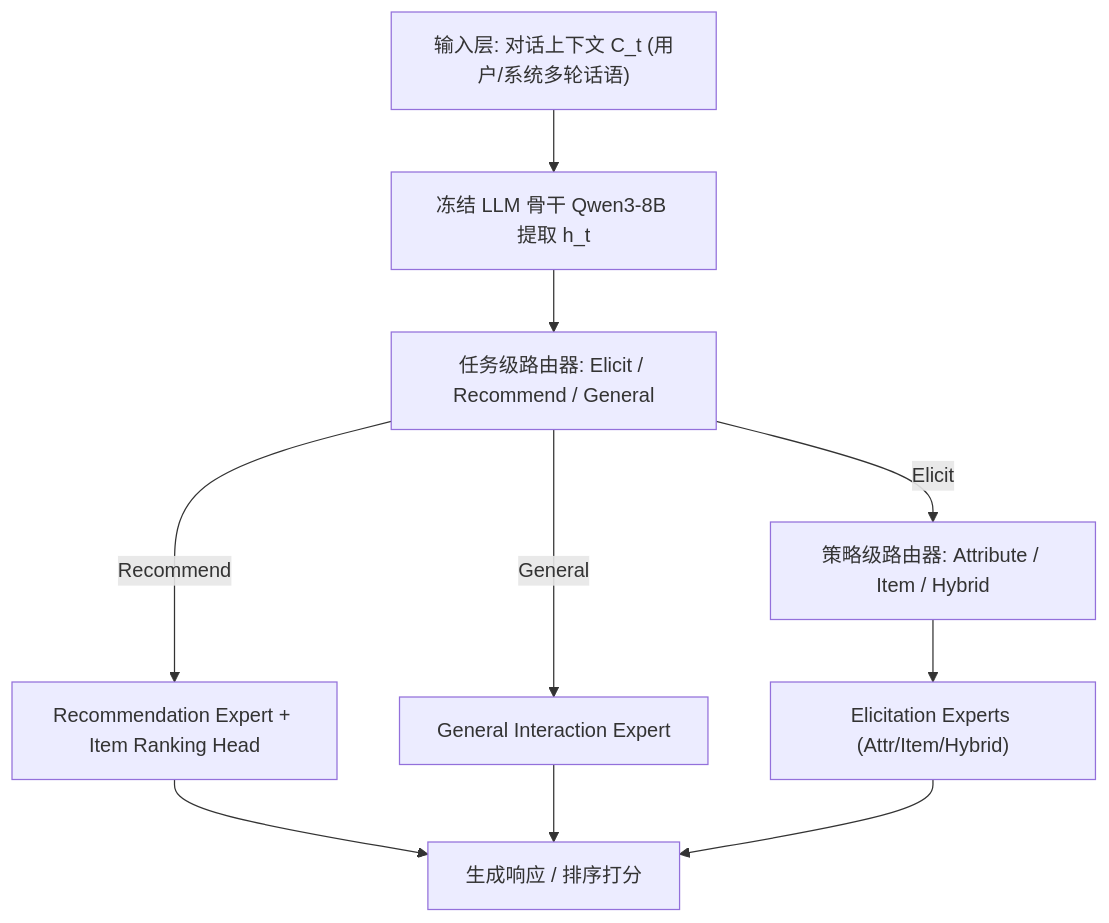
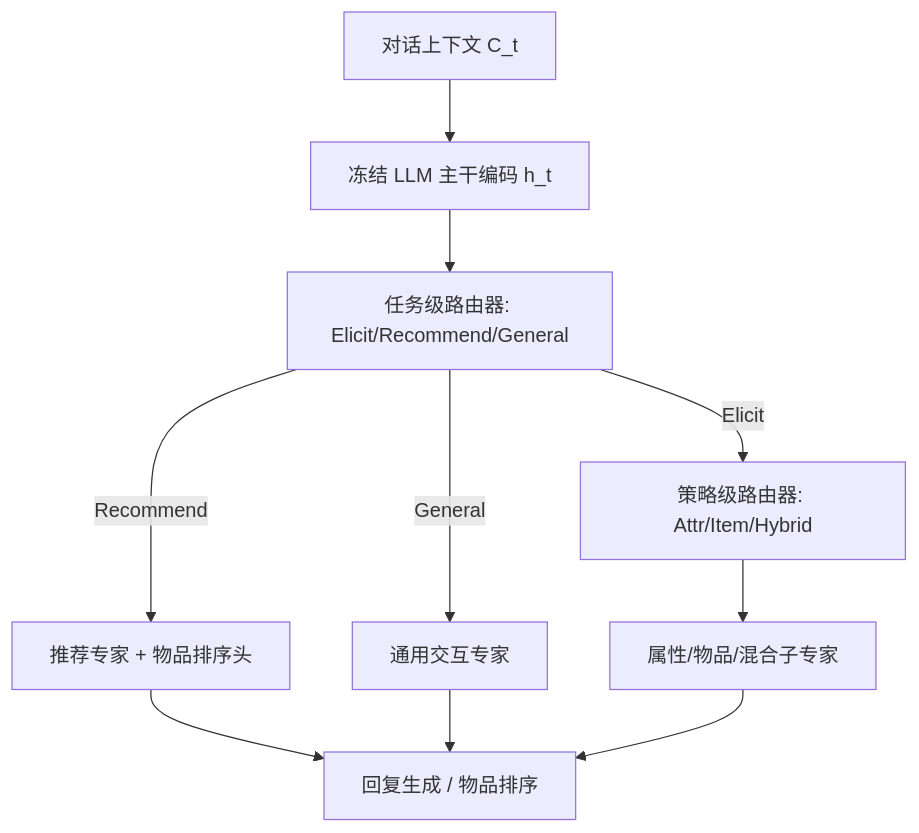
Before and after one commit to jbdcia321vw/Paper-Notes: the diagram in docs/venues/SIGIR/2026/agent_conversational_rec/when_and_how_to_ask_dynamic_preference_elicitation_strategies_for_conversat.md, drawn with Mermaid. The commit also changed other lines of this file and 37 other files, not shown here.

````diff
--- a/docs/venues/SIGIR/2026/agent_conversational_rec/when_and_how_to_ask_dynamic_preference_elicitation_strategies_for_conversat.md
+++ b/docs/venues/SIGIR/2026/agent_conversational_rec/when_and_how_to_ask_dynamic_preference_elicitation_strategies_for_conversat.md
@@ -59,12 +47,12 @@
 ```mermaid
 flowchart TD
-    A["输入层: 对话上下文 C_t (用户/系统多轮话语)"] --> B["冻结 LLM 骨干 Qwen3-8B 提取 h_t"]
-    B --> C["任务级路由器: Elicit / Recommend / General"]
-    C -->|Elicit| D["策略级路由器: Attribute / Item / Hybrid"]
-    C -->|Recommend| E["Recommendation Expert + Item Ranking Head"]
-    C -->|General| F["General Interaction Expert"]
-    D --> G["Elicitation Experts (Attr/Item/Hybrid)"]
-    E --> H["生成响应 / 排序打分"]
+    A["对话上下文 C_t"] --> B["冻结 LLM 主干编码 h_t"]
+    B --> C["任务级路由器: Elicit/Recommend/General"]
+    C -->|Elicit| D["策略级路由器: Attr/Item/Hybrid"]
+    C -->|Recommend| E["推荐专家 + 物品排序头"]
+    C -->|General| F["通用交互专家"]
+    D --> G["属性/物品/混合子专家"]
+    E --> H["回复生成 / 物品排序"]
     F --> H
     G --> H
 ```
````
